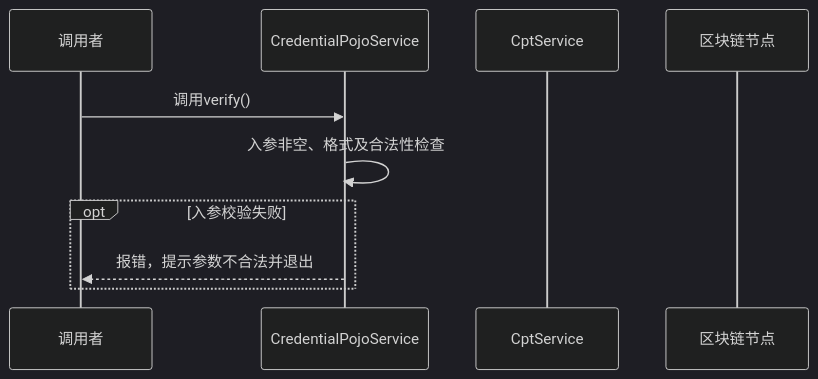
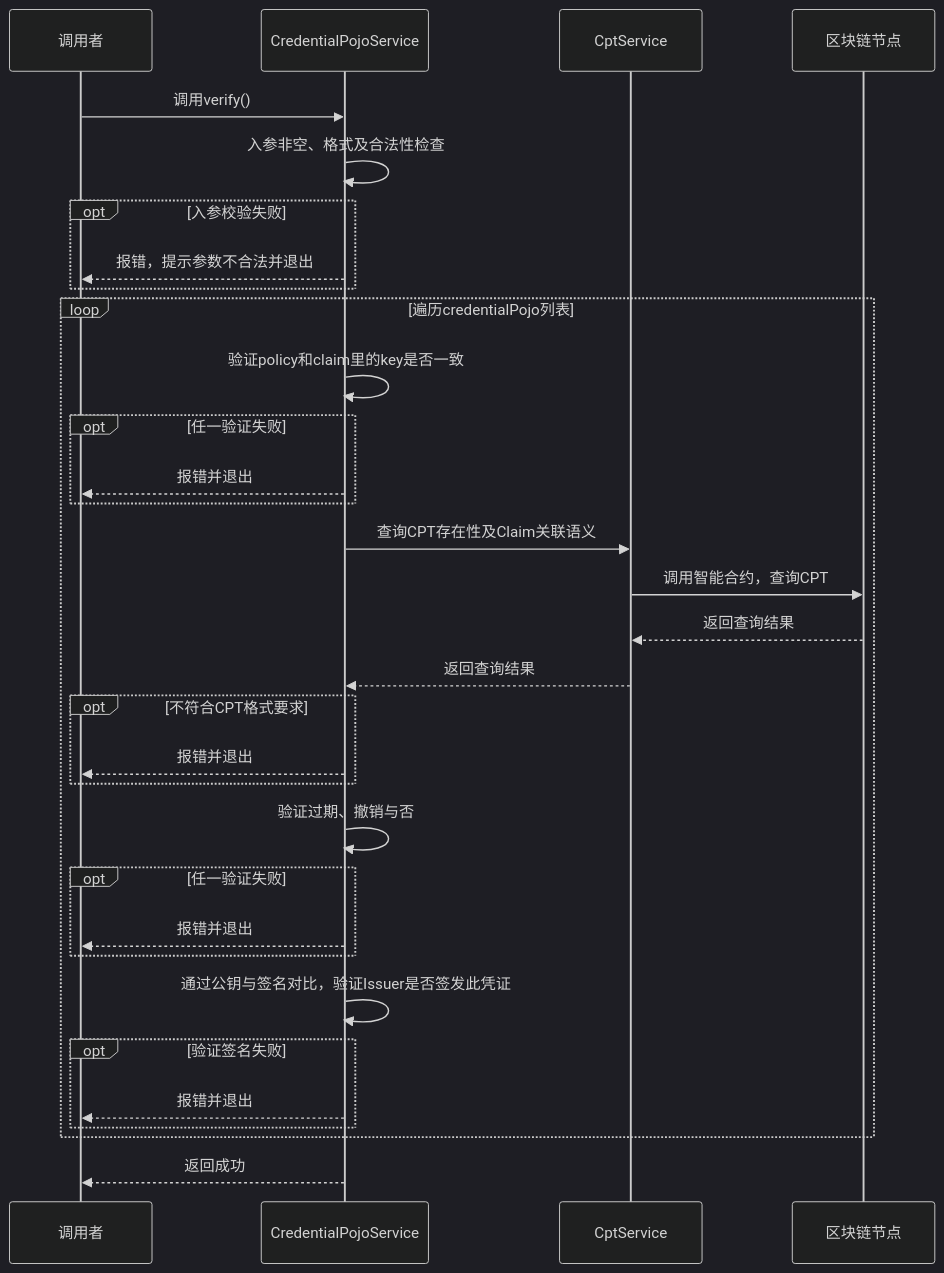
Before and after one commit to WeBankBlockchain/WeIdentity: diagram 30 of 37 in docs/zh_CN/docs/weidentity-java-sdk-doc.rst, drawn with Mermaid (dark theme). The commit also changed other lines of this file, not shown here.

Commit message:
* fix sequence diagram error

```diff
--- a/docs/zh_CN/docs/weidentity-java-sdk-doc.rst
+++ b/docs/zh_CN/docs/weidentity-java-sdk-doc.rst
@@ -9416,13 +9416,35 @@
 .. mermaid::
 
 
    sequenceDiagram
    participant 调用者
    participant CredentialPojoService
    participant CptService
    participant 区块链节点
    调用者->>CredentialPojoService: 调用verify()
    CredentialPojoService->>CredentialPojoService: 入参非空、格式及合法性检查
    opt 入参校验失败
    CredentialPojoService-->>调用者: 报错，提示参数不合法并退出
    end
+   loop 遍历credentialPojo列表
+   CredentialPojoService->>CredentialPojoService: 验证policy和claim里的key是否一致
+   opt 任一验证失败
+   CredentialPojoService-->>调用者: 报错并退出
+   end
+   CredentialPojoService->>CptService: 查询CPT存在性及Claim关联语义
+   CptService->>区块链节点: 调用智能合约，查询CPT
+   区块链节点-->>CptService: 返回查询结果
+   CptService-->>CredentialPojoService: 返回查询结果
+   opt 不符合CPT格式要求
+   CredentialPojoService-->>调用者: 报错并退出
+   end
+   CredentialPojoService->>CredentialPojoService: 验证过期、撤销与否
+   opt 任一验证失败
+   CredentialPojoService-->>调用者: 报错并退出
+   end
+   CredentialPojoService->>CredentialPojoService: 通过公钥与签名对比，验证Issuer是否签发此凭证
+   opt 验证签名失败
+   CredentialPojoService-->>调用者: 报错并退出
+   end
+   end
+   CredentialPojoService-->>调用者: 返回成功
```
